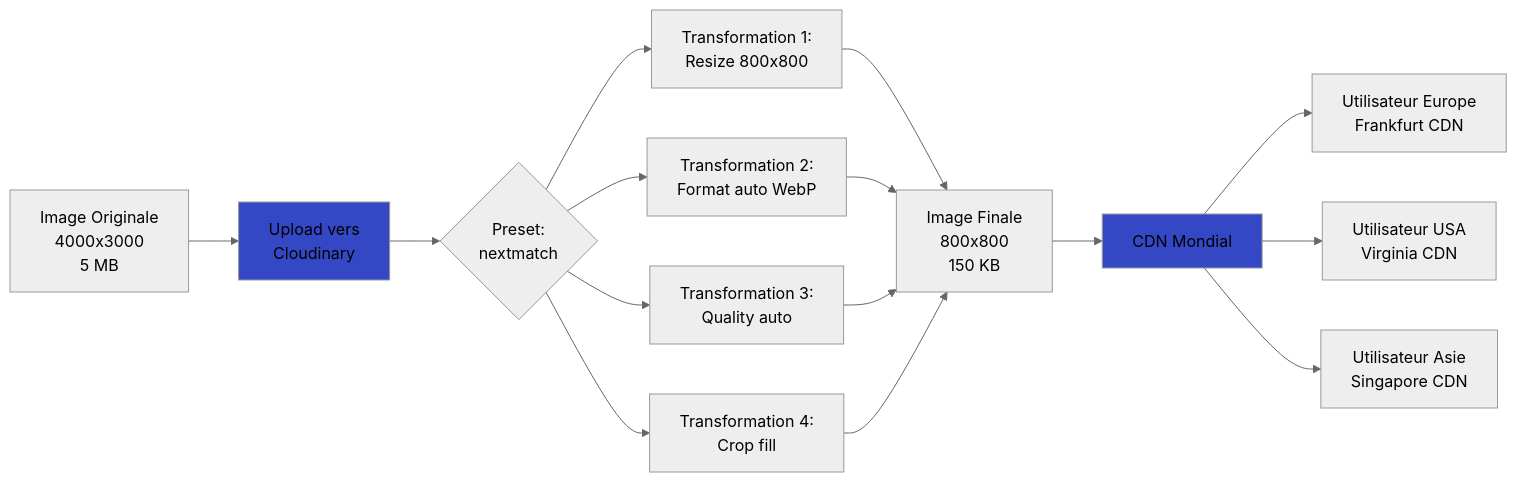
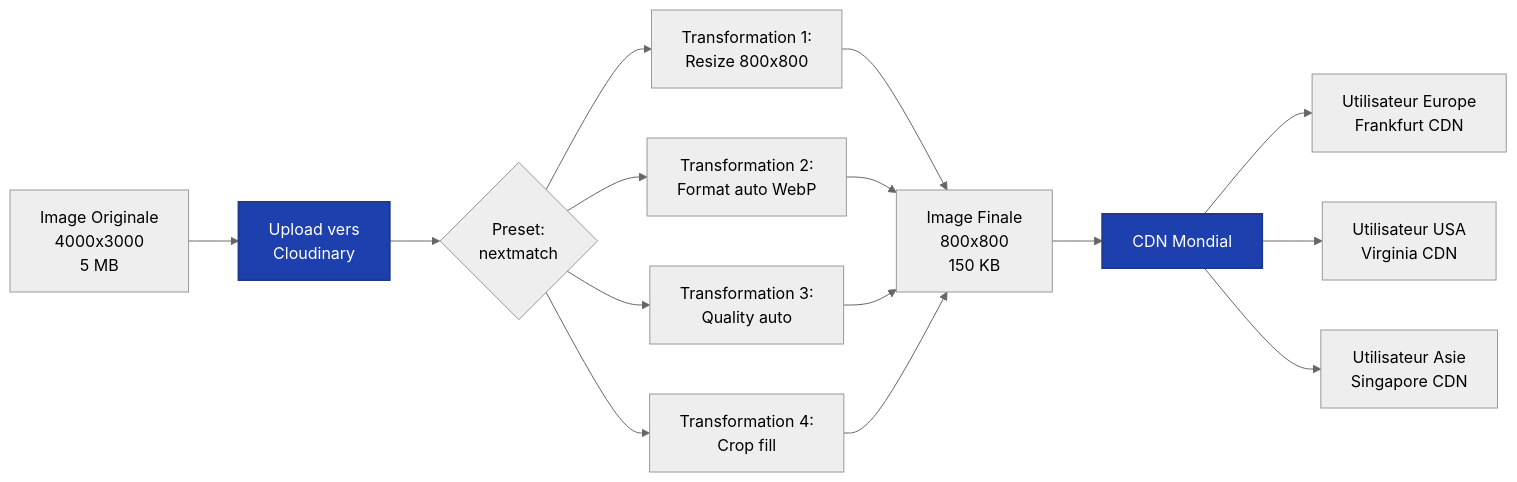
The tenth of 32 diagrams in documentation/16-diagrammes-architecture.md (inskillflow/next-auth-demo-2-match), drawn with Mermaid (neutral theme) before and after one commit. The commit also changed other lines of this file, not shown here.

````diff
--- a/documentation/16-diagrammes-architecture.md
+++ b/documentation/16-diagrammes-architecture.md
@@ -431,23 +431,23 @@
 ```mermaid
 graph LR
     A[Image Originale<br/>4000x3000<br/>5 MB] --> B[Upload vers<br/>Cloudinary]
     B --> C{Preset:<br/>nextmatch}
     
     C --> D[Transformation 1:<br/>Resize 800x800]
     C --> E[Transformation 2:<br/>Format auto WebP]
     C --> F[Transformation 3:<br/>Quality auto]
     C --> G[Transformation 4:<br/>Crop fill]
     
     D --> H[Image Finale<br/>800x800<br/>150 KB]
     E --> H
     F --> H
     G --> H
     
     H --> I[CDN Mondial]
     I --> J[Utilisateur Europe<br/>Frankfurt CDN]
     I --> K[Utilisateur USA<br/>Virginia CDN]
     I --> L[Utilisateur Asie<br/>Singapore CDN]
     
-    style B fill:#3448c5
-    style I fill:#3448c5
+    style B fill:#1e40af,stroke:#1e3a8a,stroke-width:2px,color:#fff
+    style I fill:#1e40af,stroke:#1e3a8a,stroke-width:2px,color:#fff
 ```
````
